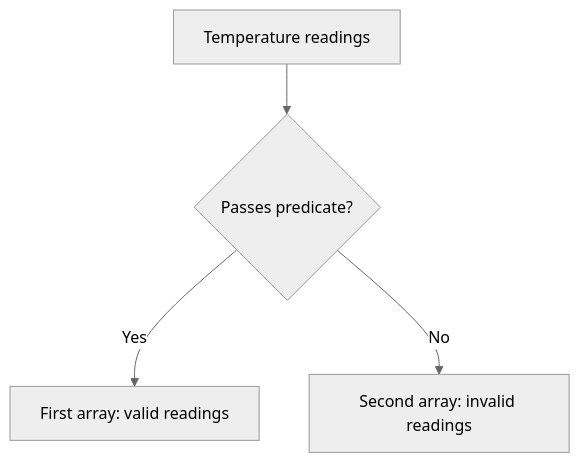
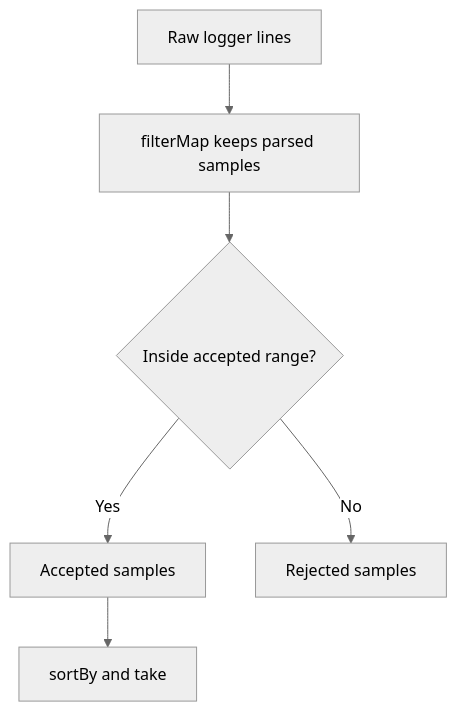
The diagram in docs/src/content/docs/guides/arr.md (pplnd/core), drawn with Mermaid (neutral theme) before and after one commit. The commit also changed other lines of this file and 63 other files, not shown here.

````diff
--- a/docs/src/content/docs/guides/arr.md
+++ b/docs/src/content/docs/guides/arr.md
@@ -28,6 +42,8 @@
 ```mermaid
 flowchart TD
-  Input["Temperature readings"] --> Check{"Passes predicate?"}
-  Check -->|Yes| Accepted["First array: valid readings"]
-  Check -->|No| Rejected["Second array: invalid readings"]
+  Lines["Raw logger lines"] --> Parse["filterMap keeps parsed samples"]
+  Parse --> Range{"Inside accepted range?"}
+  Range -->|Yes| Accepted["Accepted samples"]
+  Range -->|No| Rejected["Rejected samples"]
+  Accepted --> Coldest["sortBy and take"]
 ```
````
